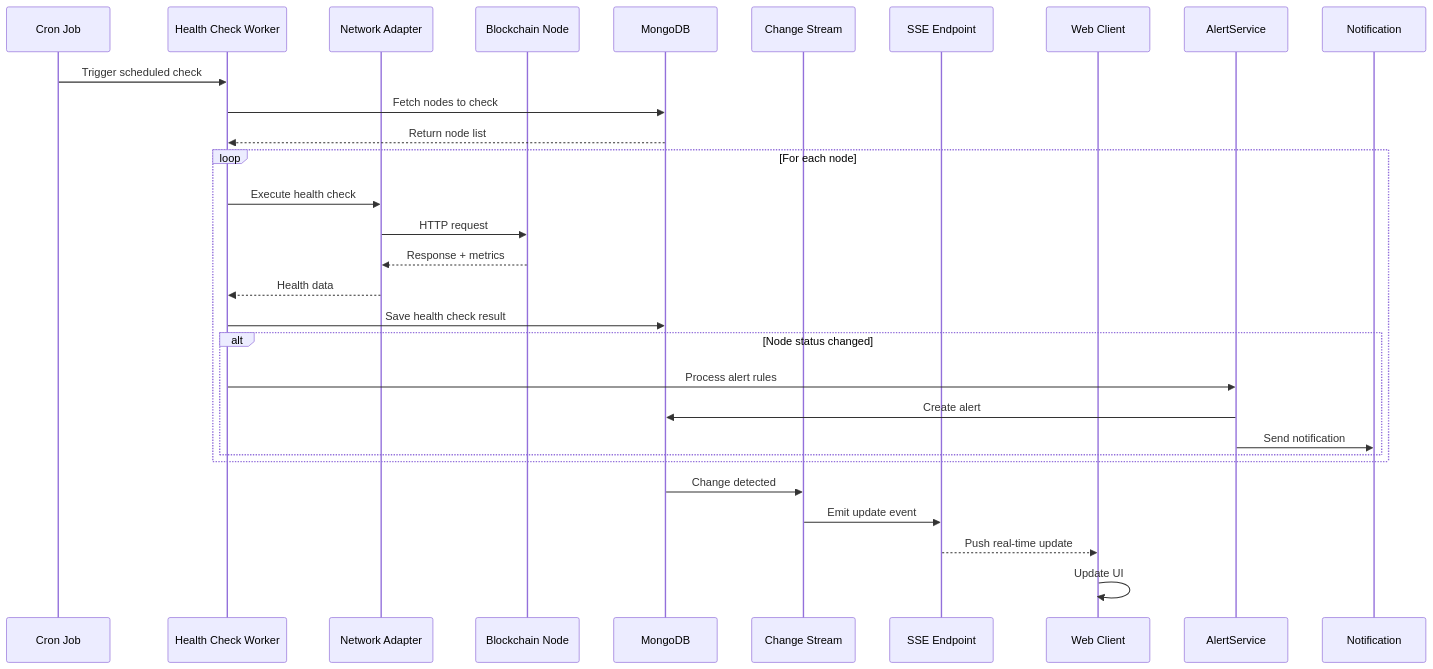
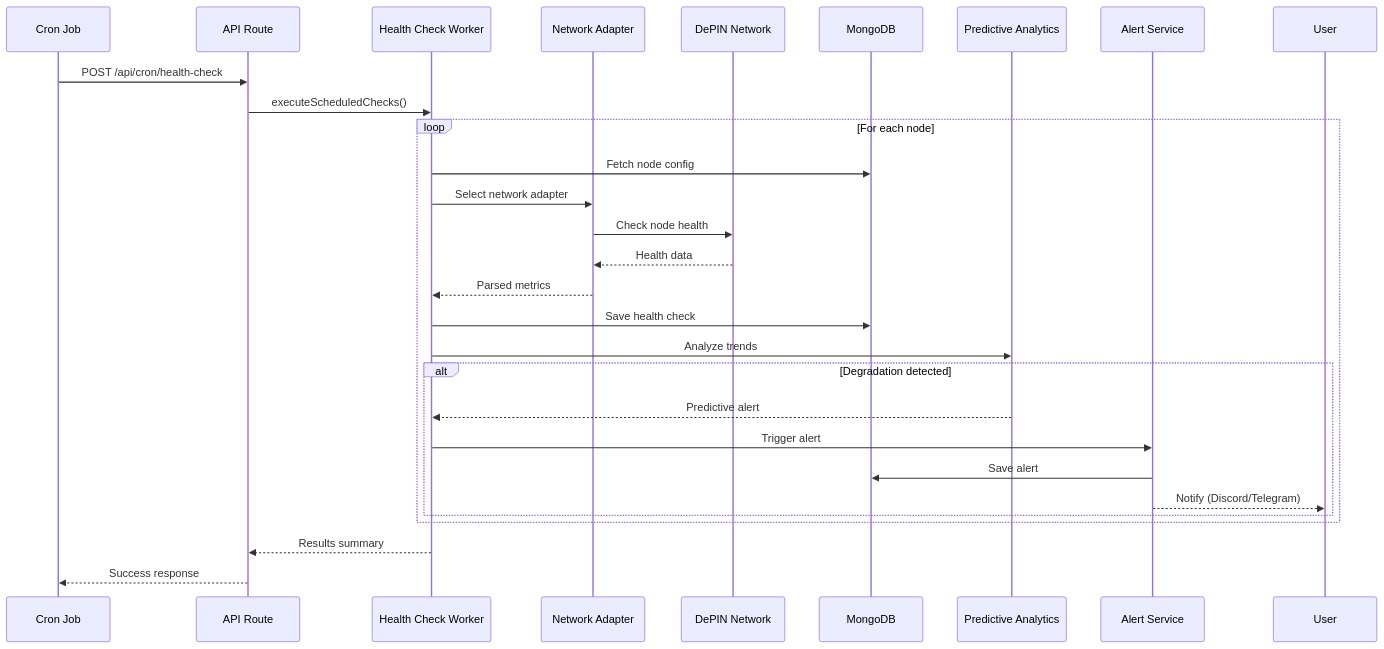
One commit to TheSoftNode/NodePulse changed the second of 6 diagrams in README.md. Above: the diagram before and after it, drawn with Mermaid. The commit also changed other lines of this file and 56 other files, not shown here.

````diff
--- a/README.md
+++ b/README.md
@@ -308,34 +168,35 @@
 ```mermaid
 sequenceDiagram
     participant Cron as Cron Job
+    participant API as API Route
     participant Worker as Health Check Worker
     participant Adapter as Network Adapter
-    participant Node as Blockchain Node
+    participant Network as DePIN Network
     participant DB as MongoDB
-    participant Stream as Change Stream
-    participant SSE as SSE Endpoint
-    participant Client as Web Client
+    participant Analytics as Predictive Analytics
+    participant Alert as Alert Service
 
-    Cron->>Worker: Trigger scheduled check
-    Worker->>DB: Fetch nodes to check
-    DB-->>Worker: Return node list
+    Cron->>API: POST /api/cron/health-check
+    API->>Worker: executeScheduledChecks()
 
     loop For each node
-        Worker->>Adapter: Execute health check
-        Adapter->>Node: HTTP request
-        Node-->>Adapter: Response + metrics
-        Adapter-->>Worker: Health data
-        Worker->>DB: Save health check result
+        Worker->>DB: Fetch node config
+        Worker->>Adapter: Select network adapter
+        Adapter->>Network: Check node health
+        Network-->>Adapter: Health data
+        Adapter-->>Worker: Parsed metrics
 
-        alt Node status changed
-            Worker->>AlertService: Process alert rules
-            AlertService->>DB: Create alert
-            AlertService->>Notification: Send notification
+        Worker->>DB: Save health check
+        Worker->>Analytics: Analyze trends
+
+        alt Degradation detected
+            Analytics-->>Worker: Predictive alert
+            Worker->>Alert: Trigger alert
+            Alert->>DB: Save alert
+            Alert-->>User: Notify (Discord/Telegram)
         end
     end
 
-    DB->>Stream: Change detected
-    Stream->>SSE: Emit update event
-    SSE-->>Client: Push real-time update
-    Client->>Client: Update UI
+    Worker-->>API: Results summary
+    API-->>Cron: Success response
 ```
````
